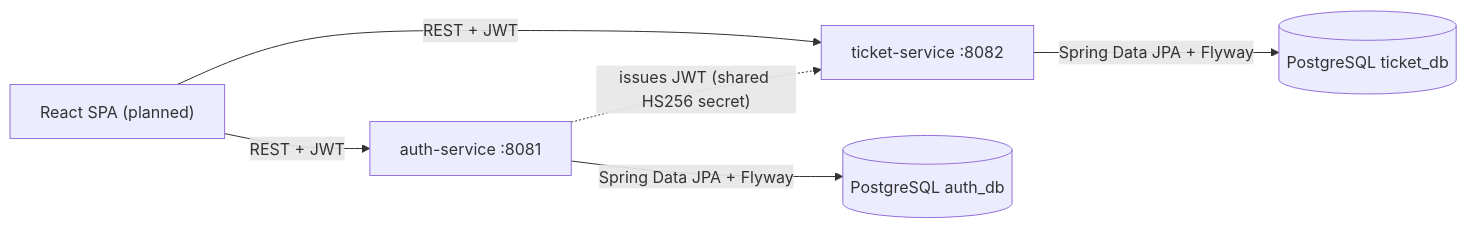
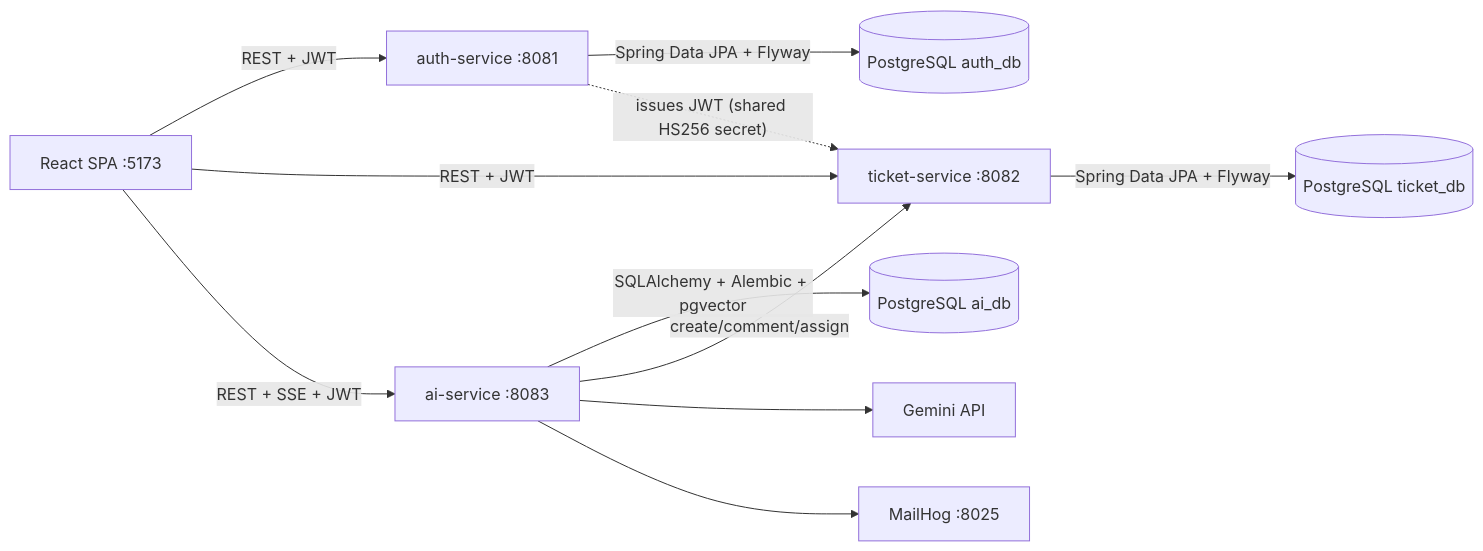
One commit to dalva027/Spring-IT-Platform changed the diagram in README.md. Above: the diagram before and after it, drawn with Mermaid. The commit also changed other lines of this file and 89 other files, not shown here.

````diff
--- a/README.md
+++ b/README.md
@@ -10,8 +10,13 @@
 ```mermaid
 flowchart LR
-    UI["React SPA (planned)"] -->|"REST + JWT"| A["auth-service :8081"]
+    UI["React SPA :5173"] -->|"REST + JWT"| A["auth-service :8081"]
     UI -->|"REST + JWT"| T["ticket-service :8082"]
+    UI -->|"REST + SSE + JWT"| AI["ai-service :8083"]
     A -->|"Spring Data JPA + Flyway"| DB1[("PostgreSQL auth_db")]
     T -->|"Spring Data JPA + Flyway"| DB2[("PostgreSQL ticket_db")]
+    AI -->|"SQLAlchemy + Alembic + pgvector"| DB3[("PostgreSQL ai_db")]
+    AI -->|"create/comment/assign"| T
+    AI --> GEM["Gemini API"]
+    AI --> MH["MailHog :8025"]
     A -. "issues JWT (shared HS256 secret)" .-> T
 ```
````
